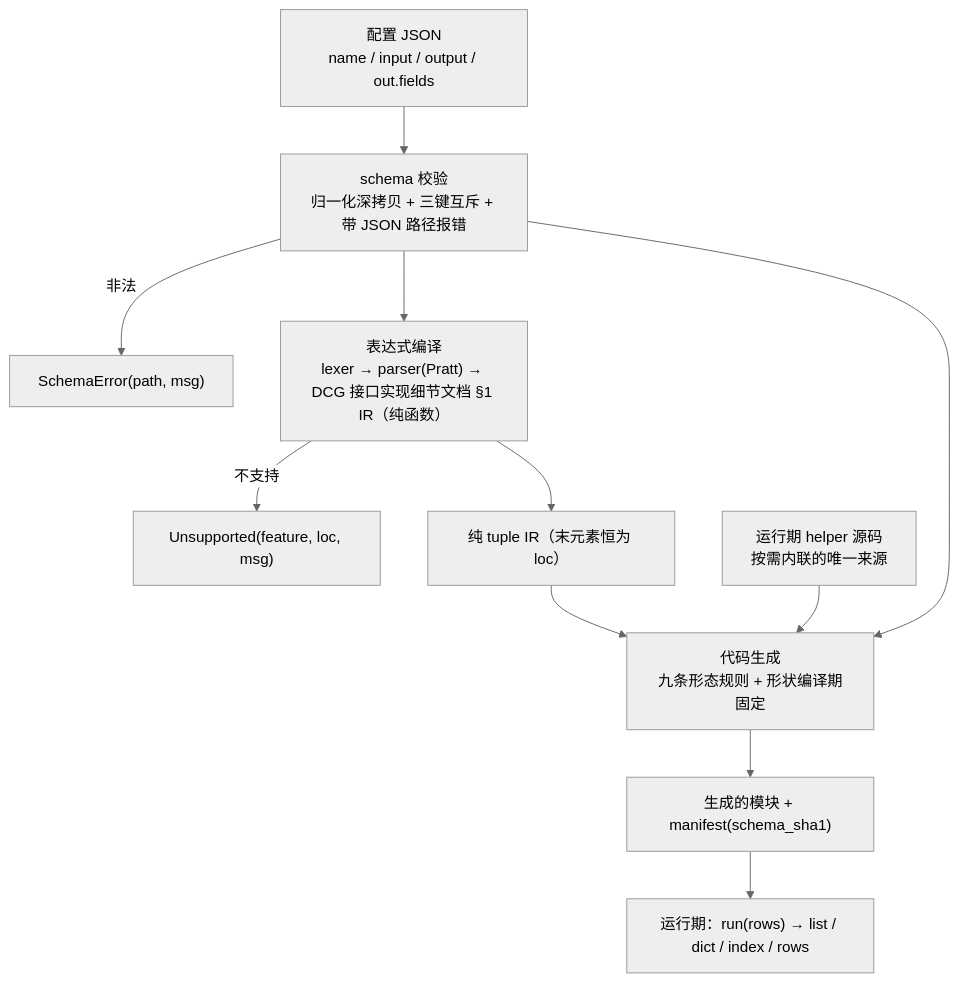
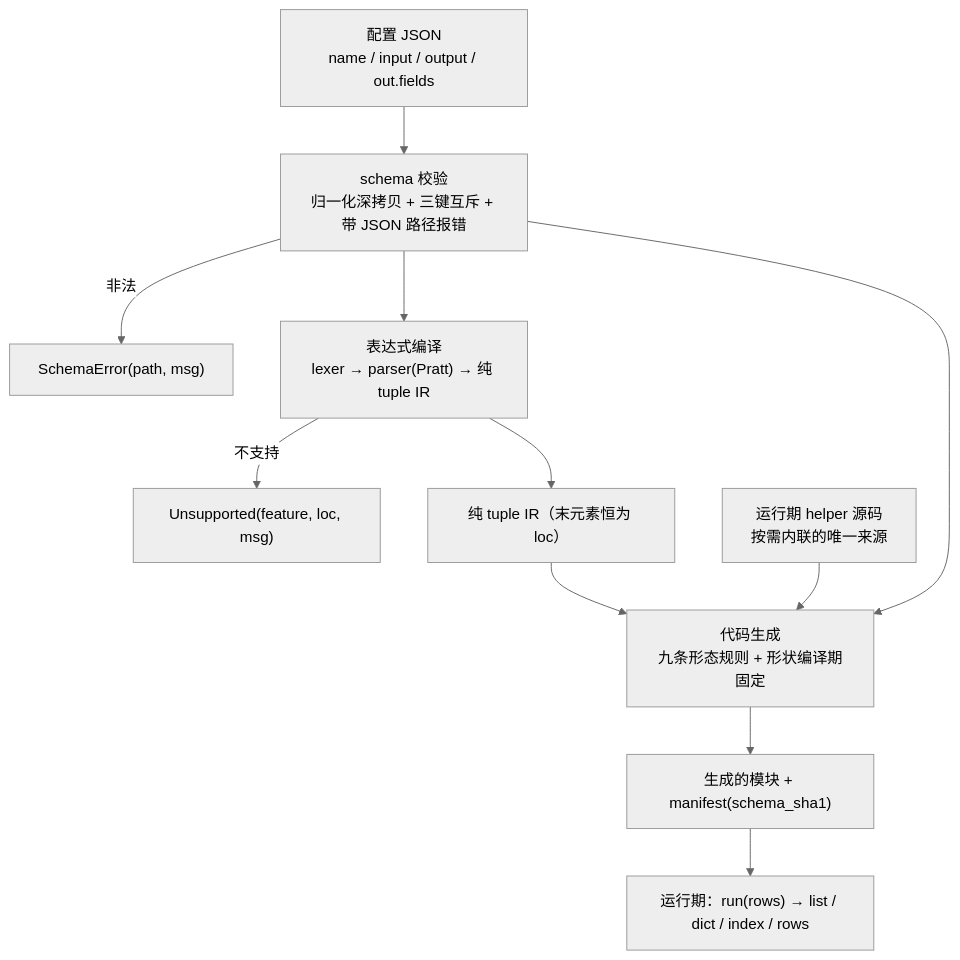
One commit to CL98K/DCG changed the diagram in DCG 整体设计方案与架构文档.md. Above: the diagram before and after it, drawn with Mermaid (neutral theme). The commit also changed other lines of this file and 11 other files, not shown here.

````diff
--- a/DCG 整体设计方案与架构文档.md
+++ b/DCG 整体设计方案与架构文档.md
@@ -126,13 +127,13 @@
 ```mermaid
 flowchart TD
     CFG["配置 JSON<br/>name / input / output / out.fields"] --> VAL
     VAL["schema 校验<br/>归一化深拷贝 + 三键互斥 + 带 JSON 路径报错"] -->|非法| ERR["SchemaError(path, msg)"]
     VAL --> JX
-    JX["表达式编译<br/>lexer → parser(Pratt) → DCG 接口实现细节文档 §1 IR（纯函数）"] -->|不支持| UNSUP["Unsupported(feature, loc, msg)"]
+    JX["表达式编译<br/>lexer → parser(Pratt) → 纯 tuple IR"] -->|不支持| UNSUP["Unsupported(feature, loc, msg)"]
     JX --> IR["纯 tuple IR（末元素恒为 loc）"]
     VAL --> GEN
     IR --> GEN
     RT["运行期 helper 源码<br/>按需内联的唯一来源"] --> GEN
     GEN["代码生成<br/>九条形态规则 + 形状编译期固定"] --> OUT["生成的模块 + manifest(schema_sha1)"]
     OUT --> RUN["运行期：run(rows) → list / dict / index / rows"]
 ```
````
